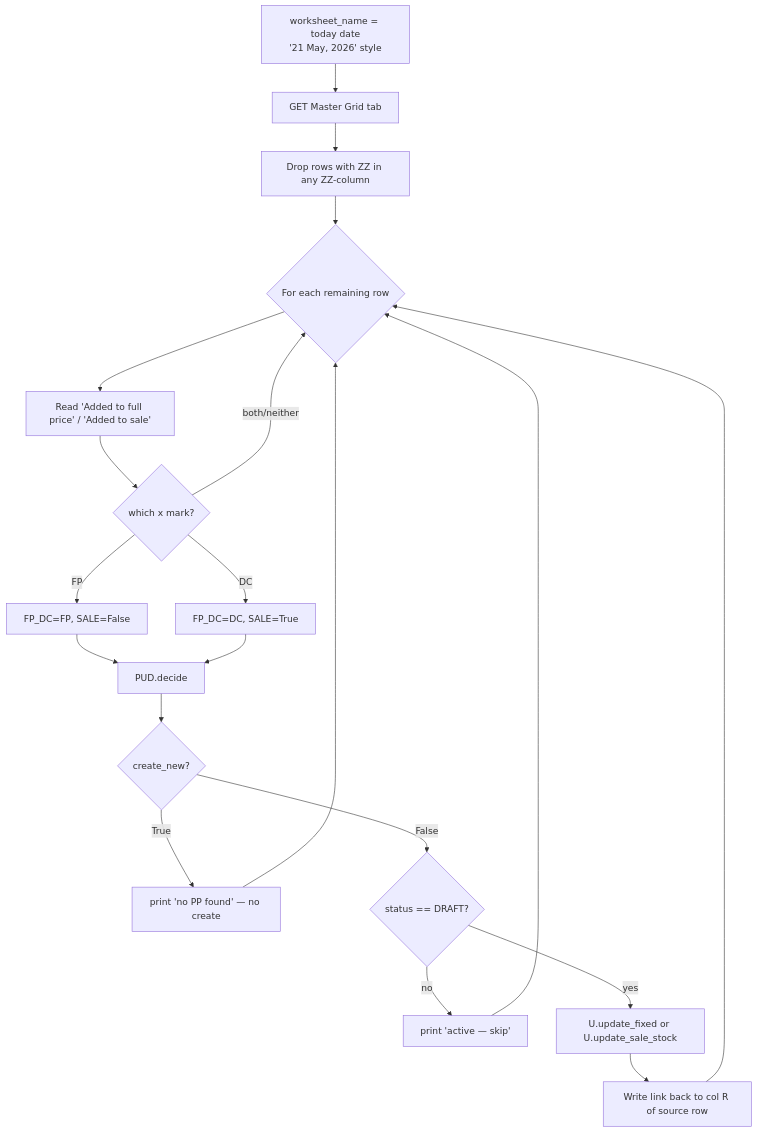
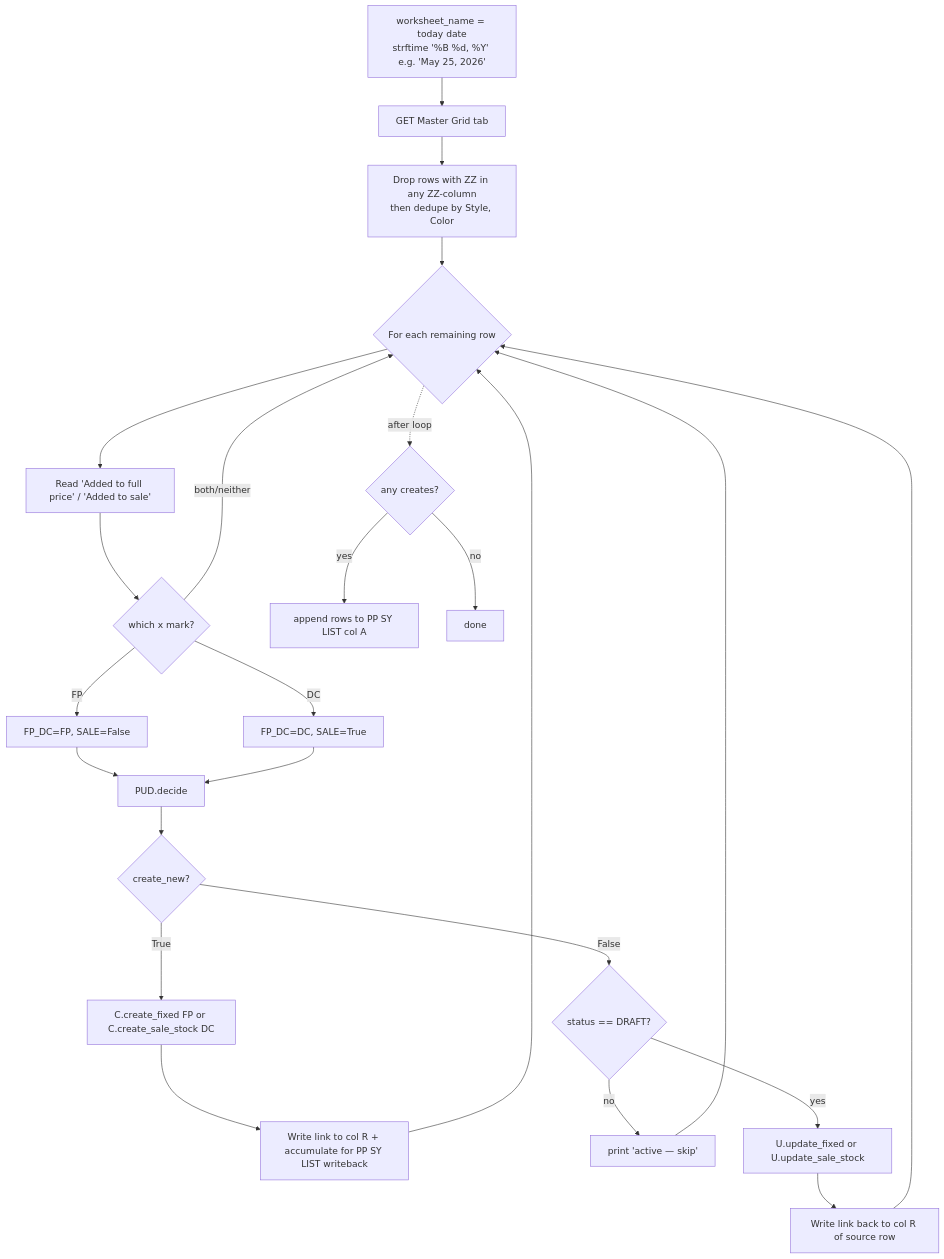
One commit to Wooden-Ships-Knits/product-page-automation changed the second of 2 diagrams in PPA_FLOW.md. Above: the diagram before and after it, drawn with Mermaid. The commit also changed other lines of this file and 10 other files, not shown here.

````diff
--- a/PPA_FLOW.md
+++ b/PPA_FLOW.md
@@ -37,22 +37,26 @@
 ```mermaid
 flowchart TD
-    A[worksheet_name = today date<br/>'21 May, 2026' style] --> B[GET Master Grid tab]
-    B --> C[Drop rows with ZZ in any ZZ-column]
+    A[worksheet_name = today date<br/>strftime '%B %d, %Y' e.g. 'May 25, 2026'] --> B[GET Master Grid tab]
+    B --> C[Drop rows with ZZ in any ZZ-column<br/>then dedupe by Style, Color]
     C --> D{For each remaining row}
     D --> E[Read 'Added to full price' / 'Added to sale']
     E --> F{which x mark?}
     F -- both/neither --> D
     F -- FP --> G[FP_DC=FP, SALE=False]
     F -- DC --> H[FP_DC=DC, SALE=True]
     G --> I[PUD.decide]
     H --> I
     I --> J{create_new?}
-    J -- True --> K[print 'no PP found' — no create]
+    J -- True --> K[C.create_fixed FP or C.create_sale_stock DC]
+    K --> K2[Write link to col R + accumulate for PP SY LIST writeback]
     J -- False --> L{status == DRAFT?}
     L -- no --> M[print 'active — skip']
     L -- yes --> N[U.update_fixed or U.update_sale_stock]
     N --> O[Write link back to col R of source row]
     O --> D
-    K --> D
+    K2 --> D
     M --> D
+    D -.after loop.-> P{any creates?}
+    P -- yes --> Q[append rows to PP SY LIST col A]
+    P -- no --> R[done]
 ```
````
